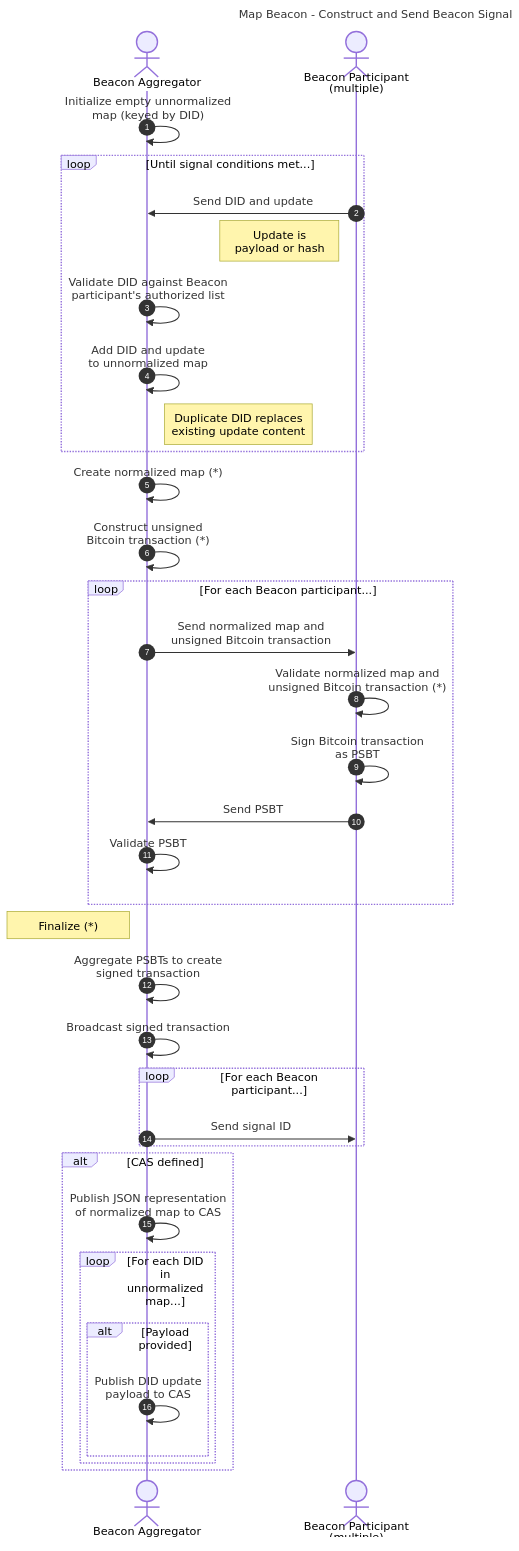
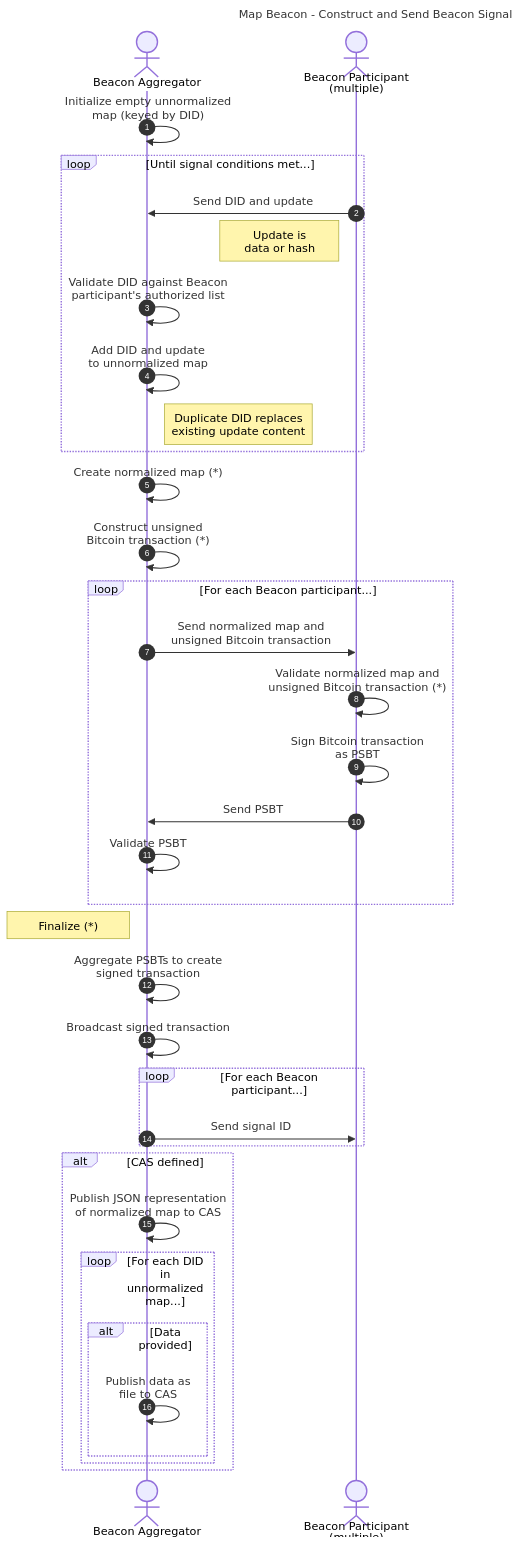
Before and after one commit to dcdpr/did-btc1: the second of 4 diagrams in chapters/Beacons.md, drawn with Mermaid. The commit also changed other lines of this file, not shown here.

````diff
--- a/chapters/Beacons.md
+++ b/chapters/Beacons.md
@@ -160,48 +160,48 @@
 ```mermaid
 sequenceDiagram
     autonumber
     title Map Beacon - Construct and Send Beacon Signal
 
     actor A as Beacon Aggregator
     actor R as Beacon Participant<br/>(multiple)
 
     A ->> A: Initialize empty unnormalized<br/>map (keyed by DID)
 
     loop Until signal conditions met...
         R ->> A: Send DID and update
-        note left of R: Update is<br/>payload or hash
+        note left of R: Update is<br/>data or hash
         A ->> A: Validate DID against Beacon<br/>participant's authorized list
         A ->> A: Add DID and update<br/>to unnormalized map
         note right of A: Duplicate DID replaces<br/>existing update content
     end
 
     A ->> A: Create normalized map (*)
     A ->> A: Construct unsigned<br/>Bitcoin transaction (*)
 
     loop For each Beacon participant...
         A ->> R: Send normalized map and<br/>unsigned Bitcoin transaction
         R ->> R: Validate normalized map and<br/>unsigned Bitcoin transaction (*)
         R ->> R: Sign Bitcoin transaction<br/>as PSBT
         R ->> A: Send PSBT
         A ->> A: Validate PSBT
     end
     
     note left of A: Finalize (*)
 
     A ->> A: Aggregate PSBTs to create<br/>signed transaction
     A ->> A: Broadcast signed transaction
 
     loop For each Beacon participant...
         A ->> R: Send signal ID
     end
 
     alt CAS defined
         A ->> A: Publish JSON representation<br/>of normalized map to CAS
 
         loop For each DID in unnormalized map...
-            alt Payload provided
-                A ->> A: Publish DID update<br/>payload to CAS
+            alt Data provided
+                A ->> A: Publish data as<br/>file to CAS
             end
         end
     end
 ```
````
